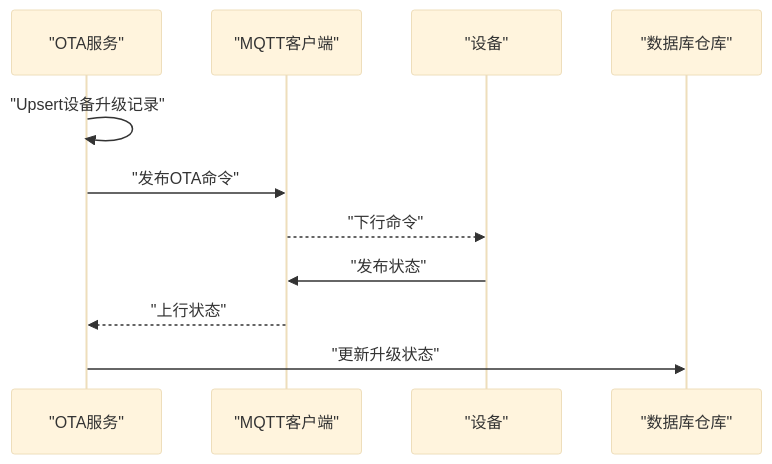
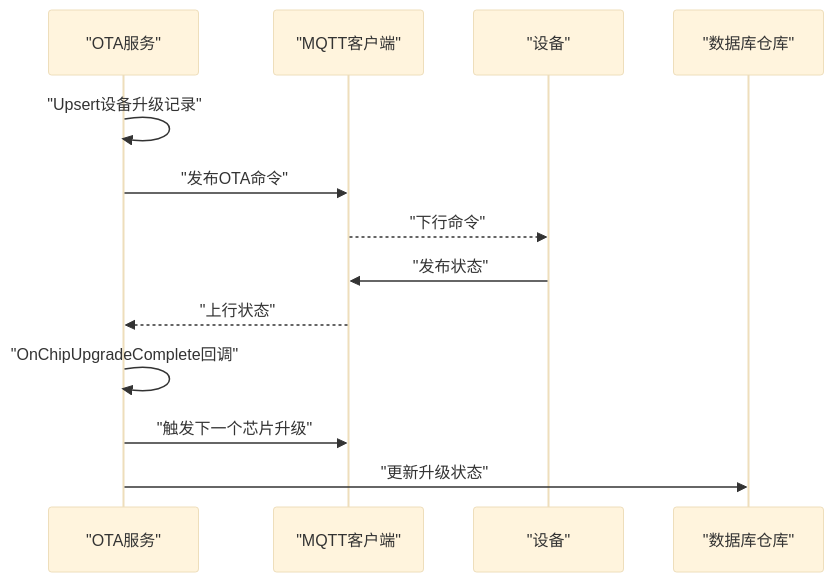
The seventh of 8 diagrams in .qoder/repowiki/zh/content/OTA升级系统/设备端OTA程序.md (mcmrzy/cs_inv_monitor-develop), drawn with Mermaid (base theme) before and after one commit. The commit also changed other lines of this file and 12 other files, not shown here.

````diff
--- a/.qoder/repowiki/zh/content/OTA升级系统/设备端OTA程序.md
+++ b/.qoder/repowiki/zh/content/OTA升级系统/设备端OTA程序.md
@@ -200,13 +311,15 @@
 ```mermaid
 sequenceDiagram
 participant Svc as "OTA服务"
 participant MQ as "MQTT客户端"
 participant Dev as "设备"
 participant Repo as "数据库仓库"
 Svc->>Svc : "Upsert设备升级记录"
 Svc->>MQ : "发布OTA命令"
 MQ-->>Dev : "下行命令"
 Dev->>MQ : "发布状态"
 MQ-->>Svc : "上行状态"
+Svc->>Svc : "OnChipUpgradeComplete回调"
+Svc->>MQ : "触发下一个芯片升级"
 Svc->>Repo : "更新升级状态"
 ```
````
